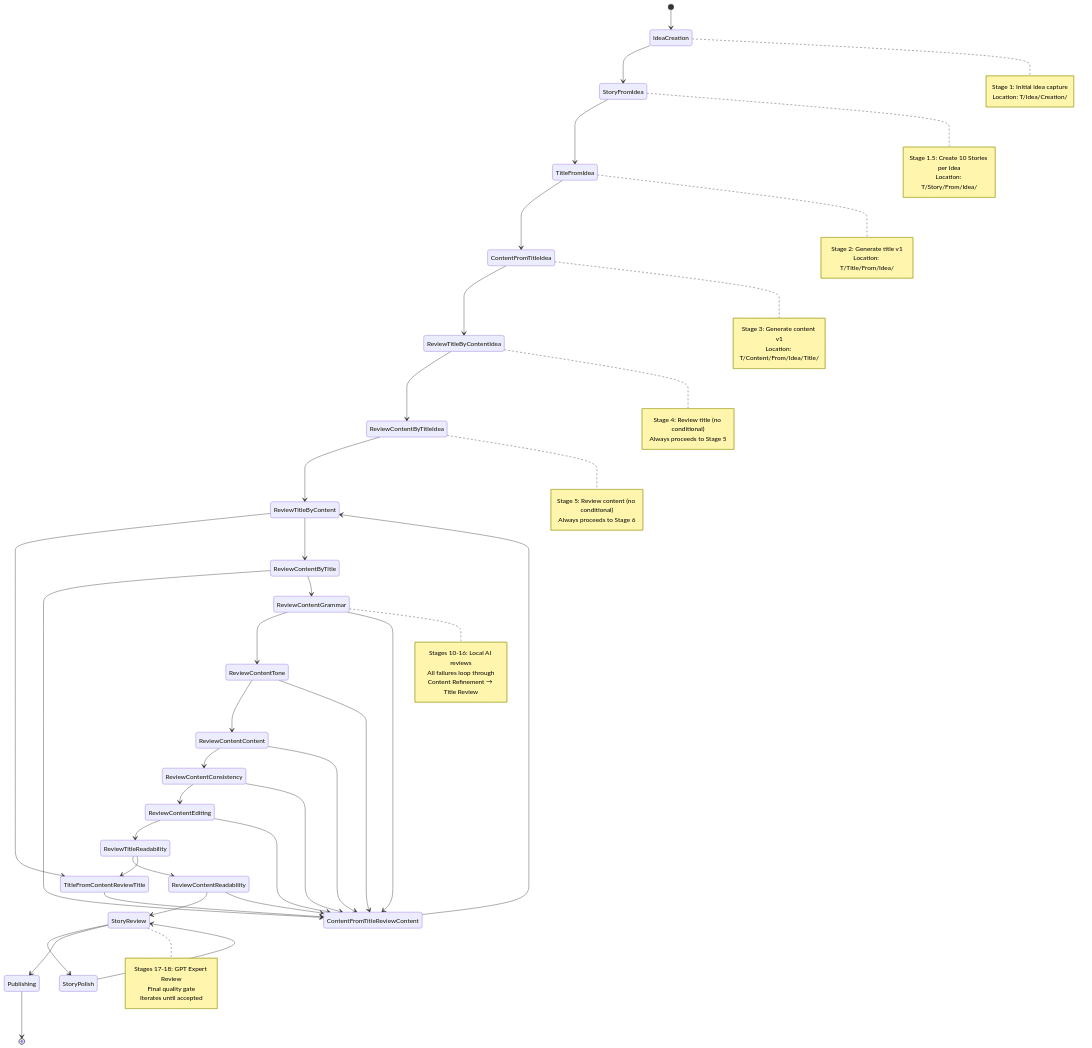
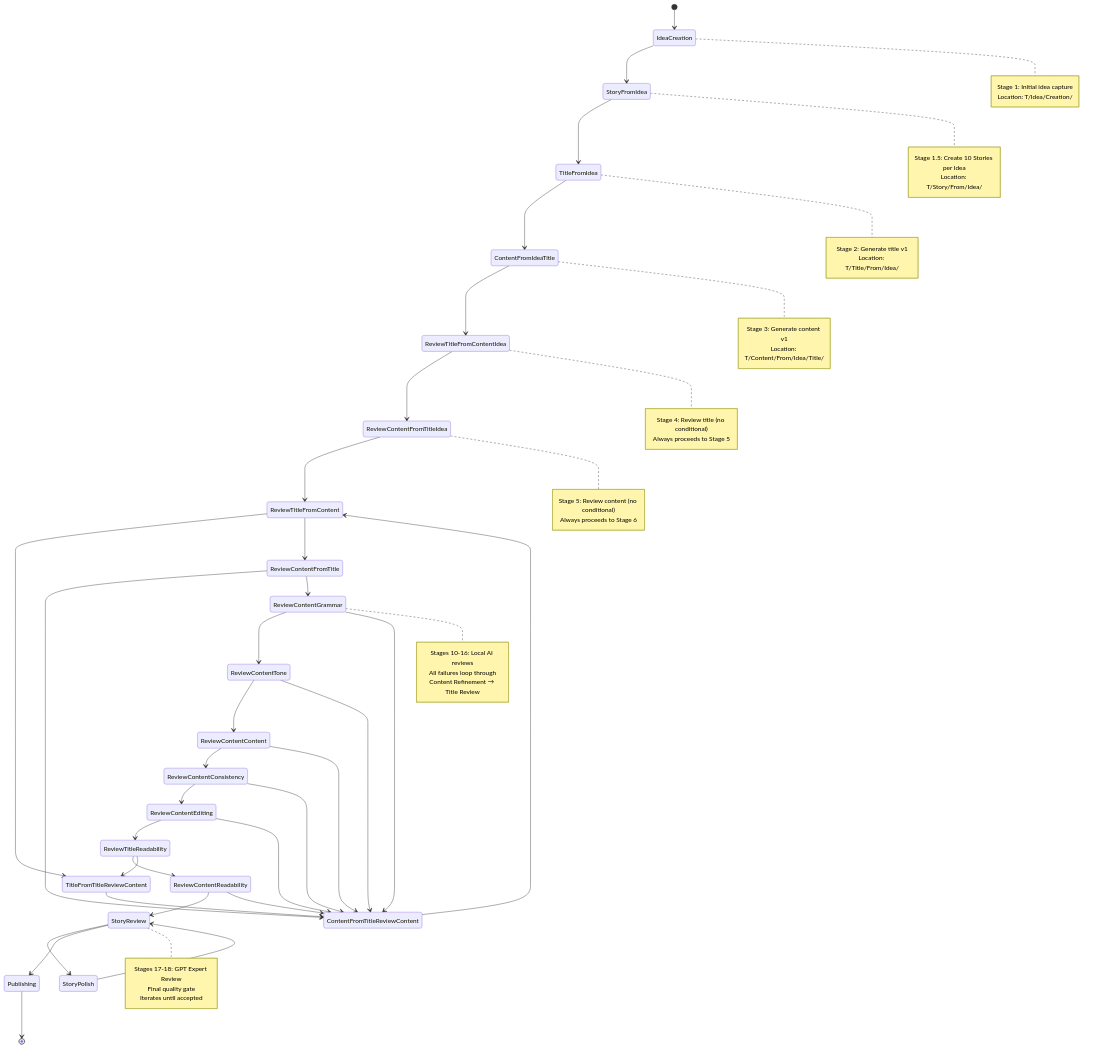
The diagram in T/_meta/docs/WORKFLOW_STATE_MACHINE.md (Nomoos/PrismQ), drawn with Mermaid before and after one commit. The commit also changed other lines of this file and 1 other file, not shown here.

```diff
--- a/T/_meta/docs/WORKFLOW_STATE_MACHINE.md
+++ b/T/_meta/docs/WORKFLOW_STATE_MACHINE.md
@@ -10,22 +10,22 @@
     
     IdeaCreation --> StoryFromIdea
     StoryFromIdea --> TitleFromIdea
-    TitleFromIdea --> ContentFromTitleIdea
-    ContentFromTitleIdea --> ReviewTitleByContentIdea
+    TitleFromIdea --> ContentFromIdeaTitle
+    ContentFromIdeaTitle --> ReviewTitleFromContentIdea
     
-    ReviewTitleByContentIdea --> ReviewContentByTitleIdea
+    ReviewTitleFromContentIdea --> ReviewContentFromTitleIdea
     
-    ReviewContentByTitleIdea --> ReviewTitleByContent
+    ReviewContentFromTitleIdea --> ReviewTitleFromContent
     
-    ReviewTitleByContent --> TitleFromContentReviewTitle
-    ReviewTitleByContent --> ReviewContentByTitle
+    ReviewTitleFromContent --> TitleFromTitleReviewContent
+    ReviewTitleFromContent --> ReviewContentFromTitle
     
-    TitleFromContentReviewTitle --> ContentFromTitleReviewContent
+    TitleFromTitleReviewContent --> ContentFromTitleReviewContent
     
-    ContentFromTitleReviewContent --> ReviewTitleByContent
+    ContentFromTitleReviewContent --> ReviewTitleFromContent
     
-    ReviewContentByTitle --> ContentFromTitleReviewContent
-    ReviewContentByTitle --> ReviewContentGrammar
+    ReviewContentFromTitle --> ContentFromTitleReviewContent
+    ReviewContentFromTitle --> ReviewContentGrammar
     
     ReviewContentGrammar --> ReviewContentTone
     ReviewContentGrammar --> ContentFromTitleReviewContent
@@ -43,7 +43,7 @@
     ReviewContentEditing --> ContentFromTitleReviewContent
     
     ReviewTitleReadability --> ReviewContentReadability
-    ReviewTitleReadability --> TitleFromContentReviewTitle
+    ReviewTitleReadability --> TitleFromTitleReviewContent
     
     ReviewContentReadability --> StoryReview
     ReviewContentReadability --> ContentFromTitleReviewContent
@@ -70,17 +70,17 @@
         Location: T/Title/From/Idea/
     end note
     
-    note right of ContentFromTitleIdea
+    note right of ContentFromIdeaTitle
         Stage 3: Generate content v1
         Location: T/Content/From/Idea/Title/
     end note
     
-    note right of ReviewTitleByContentIdea
+    note right of ReviewTitleFromContentIdea
         Stage 4: Review title (no conditional)
         Always proceeds to Stage 5
     end note
     
-    note right of ReviewContentByTitleIdea
+    note right of ReviewContentFromTitleIdea
         Stage 5: Review content (no conditional)
         Always proceeds to Stage 6
     end note
```
